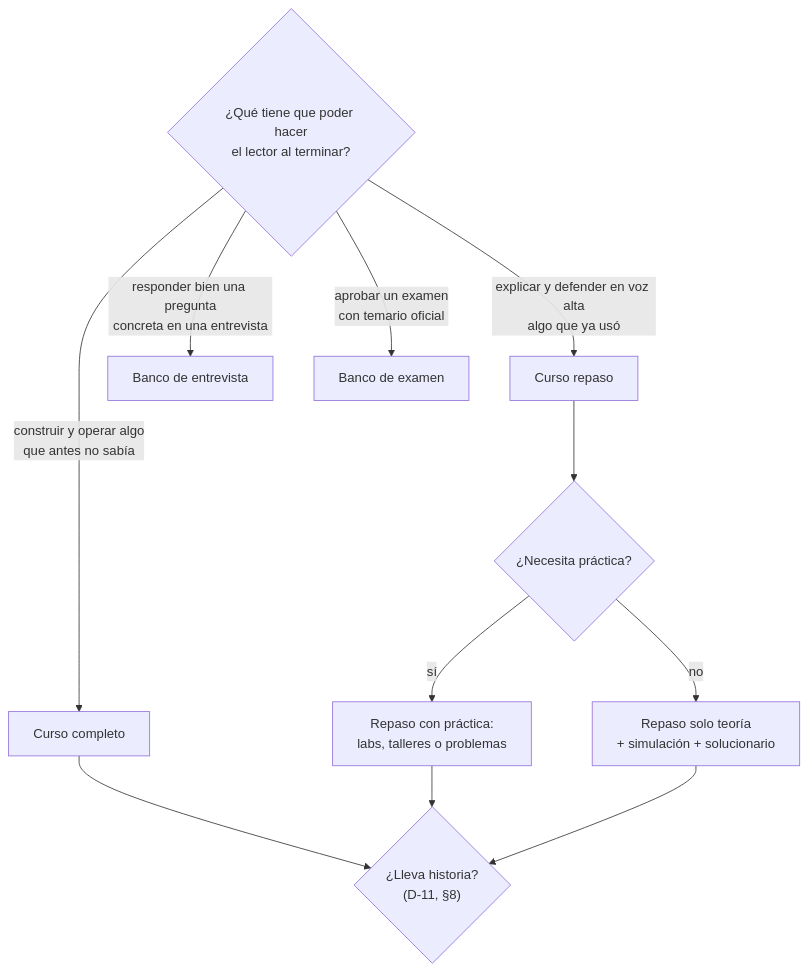
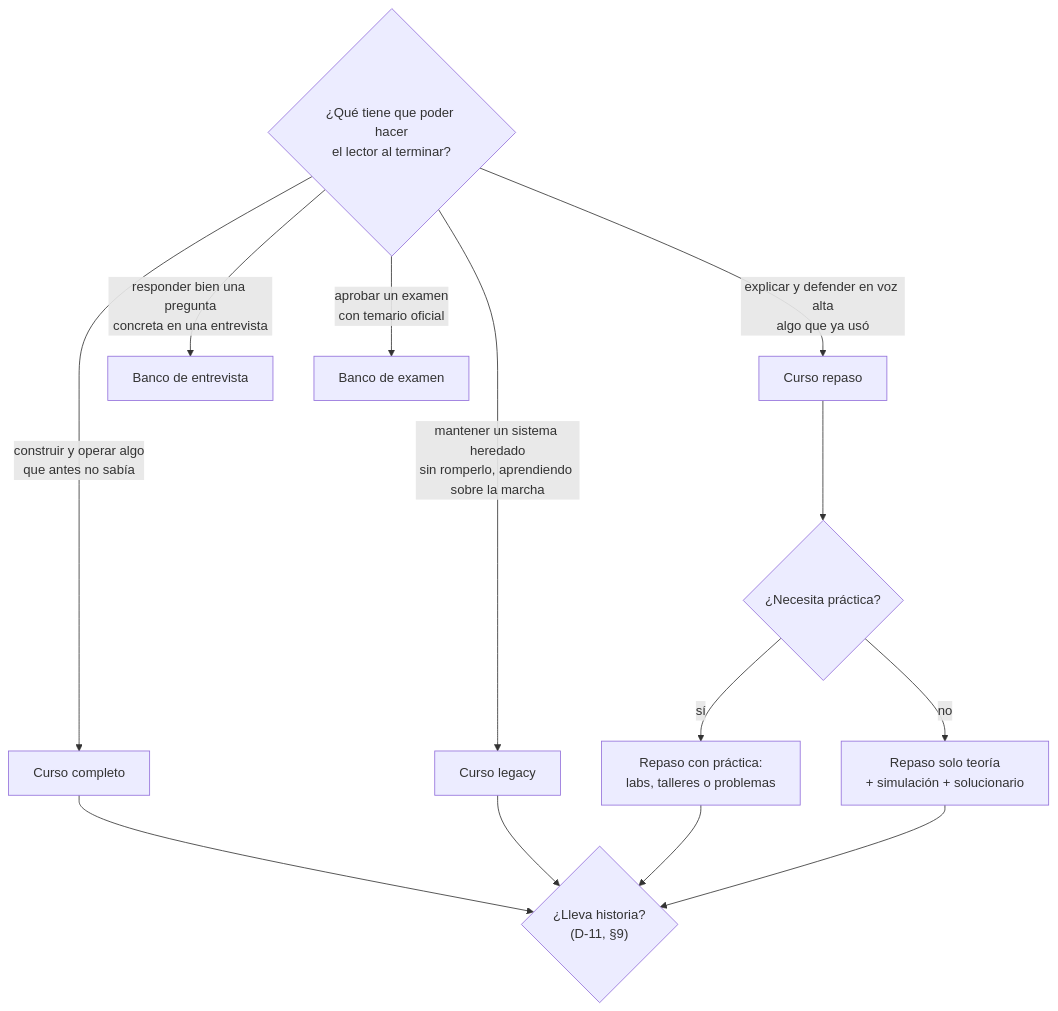
One commit to oskar-raul-dev/courses-ai-generated changed the first of 2 diagrams in zz-instrucciones/01-tipos-de-curso.md. Above: the diagram before and after it, drawn with Mermaid. The commit also changed other lines of this file and 2081 other files, not shown here.

````diff
--- a/zz-instrucciones/01-tipos-de-curso.md
+++ b/zz-instrucciones/01-tipos-de-curso.md
@@ -19,14 +19,16 @@
 ```mermaid
 flowchart TD
     Q{"¿Qué tiene que poder hacer<br/>el lector al terminar?"}
     Q -- "construir y operar algo<br/>que antes no sabía" --> C["Curso completo"]
+    Q -- "mantener un sistema heredado<br/>sin romperlo, aprendiendo sobre la marcha" --> LG["Curso legacy"]
     Q -- "explicar y defender en voz alta<br/>algo que ya usó" --> R["Curso repaso"]
     Q -- "responder bien una pregunta<br/>concreta en una entrevista" --> E["Banco de entrevista"]
     Q -- "aprobar un examen<br/>con temario oficial" --> X["Banco de examen"]
     R --> RP{"¿Necesita práctica?"}
     RP -- "sí" --> RL["Repaso con práctica:<br/>labs, talleres o problemas"]
     RP -- "no" --> RT["Repaso solo teoría<br/>+ simulación + solucionario"]
-    C --> H{"¿Lleva historia?<br/>(D-11, §8)"}
+    C --> H{"¿Lleva historia?<br/>(D-11, §9)"}
+    LG --> H
     RL --> H
     RT --> H
 ```
````
